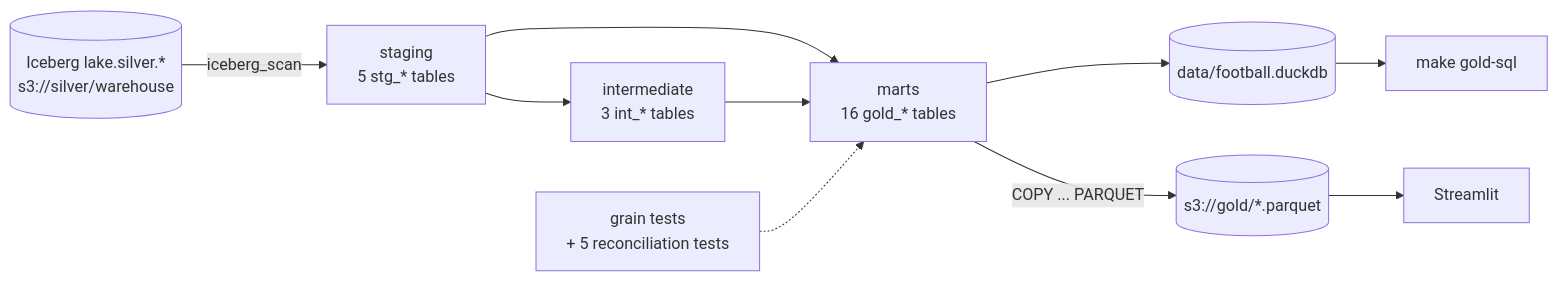
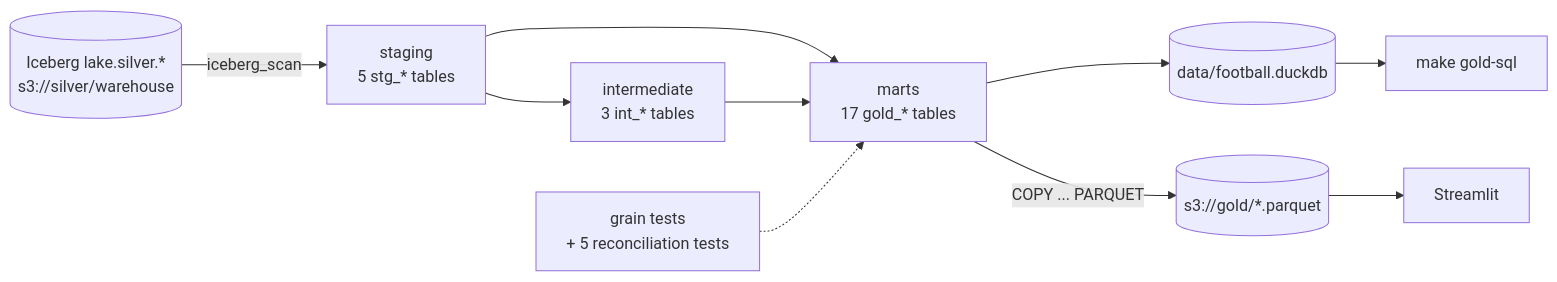
The diagram in dbt/README.md (Anaximandr0s/football-data-platform), drawn with Mermaid before and after one commit. The commit also changed other lines of this file and 11 other files, not shown here.

````diff
--- a/dbt/README.md
+++ b/dbt/README.md
@@ -8,12 +8,12 @@
 ```mermaid
 flowchart LR
     S[(Iceberg lake.silver.*<br/>s3://silver/warehouse)] -->|iceberg_scan| ST[staging<br/>5 stg_* tables]
     ST --> I[intermediate<br/>3 int_* tables]
-    ST --> M[marts<br/>16 gold_* tables]
+    ST --> M[marts<br/>17 gold_* tables]
     I --> M
     M --> D[(data/football.duckdb)]
     M -->|COPY ... PARQUET| G[(s3://gold/*.parquet)]
     T[grain tests<br/>+ 5 reconciliation tests] -.-> M
     D --> Q[make gold-sql]
     G --> A[Streamlit]
 ```
````
